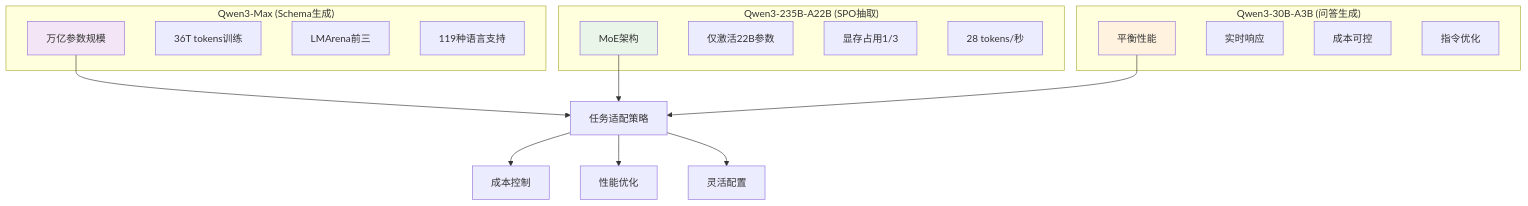
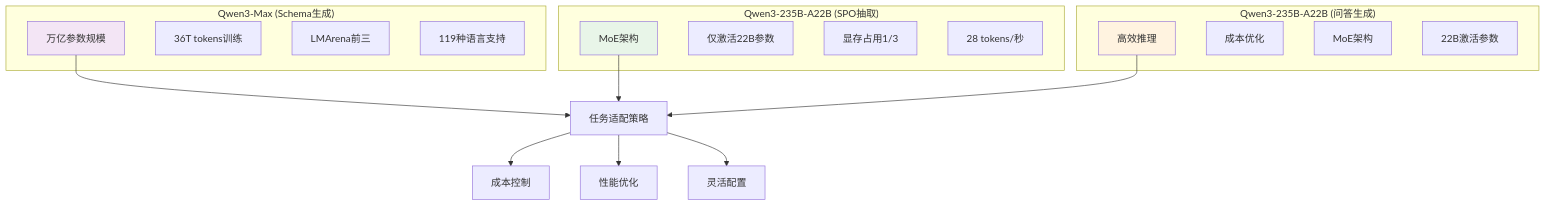
One commit to DemonDamon/AgenticX-GraphRAG changed diagram 12 of 14 in README.md. Above: the diagram before and after it, drawn with Mermaid.

Commit message:
Both SPO extraction and question-answer generation utilize the same efficient model: **Qwen3-235B-A22B**.

````diff
--- a/README.md
+++ b/README.md
@@ -916,35 +916,35 @@
 ```mermaid
 graph TD
     subgraph "Qwen3-Max (Schema生成)"
         A1[万亿参数规模]
         A2[36T tokens训练]
         A3[LMArena前三]
         A4[119种语言支持]
     end
     
     subgraph "Qwen3-235B-A22B (SPO抽取)"
         B1[MoE架构]
         B2[仅激活22B参数]
         B3[显存占用1/3]
         B4[28 tokens/秒]
     end
     
-    subgraph "Qwen3-30B-A3B (问答生成)"
-        C1[平衡性能]
-        C2[实时响应]
-        C3[成本可控]
-        C4[指令优化]
+    subgraph "Qwen3-235B-A22B (问答生成)"
+        C1[高效推理]
+        C2[成本优化]
+        C3[MoE架构]
+        C4[22B激活参数]
     end
     
     A1 --> D[任务适配策略]
     B1 --> D
     C1 --> D
     
     D --> E[成本控制]
     D --> F[性能优化]
     D --> G[灵活配置]
     
     style A1 fill:#f3e5f5
     style B1 fill:#e8f5e8
     style C1 fill:#fff3e0
 ```
````
